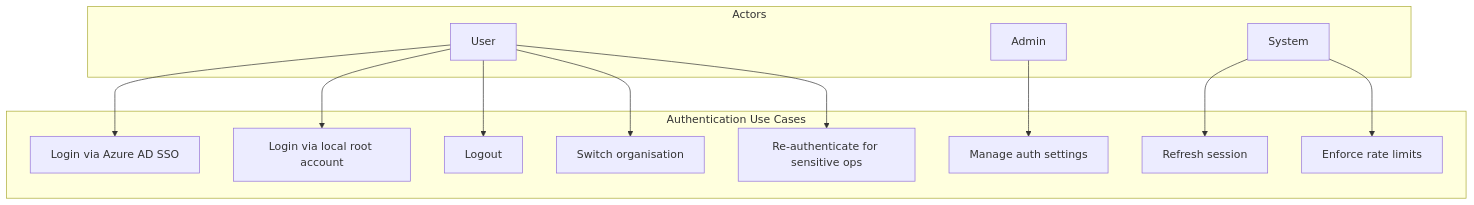
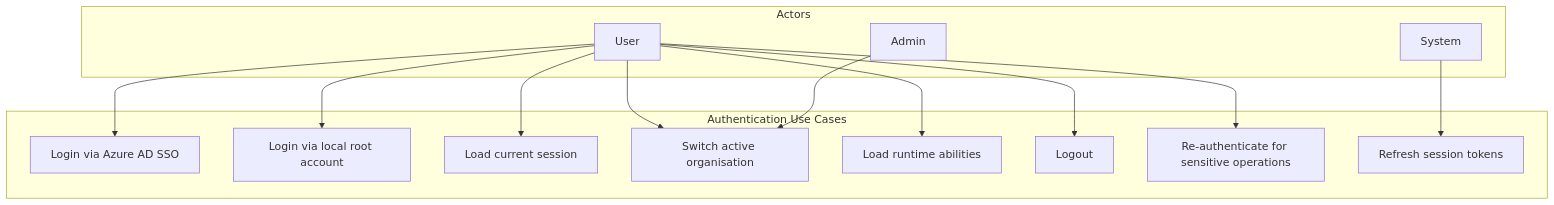
One commit to b-knowledge-solution/b-knowledge changed the first of 3 diagrams in docs/srs/core-platform/fr-authentication.md. Above: the diagram before and after it, drawn with Mermaid. The commit also changed other lines of this file, not shown here.

````diff
--- a/docs/srs/core-platform/fr-authentication.md
+++ b/docs/srs/core-platform/fr-authentication.md
@@ -15,28 +24,29 @@
 ```mermaid
 flowchart TD
     subgraph Actors
         U[User]
         A[Admin]
         S[System]
     end
 
     subgraph Authentication Use Cases
         UC1[Login via Azure AD SSO]
         UC2[Login via local root account]
-        UC3[Logout]
-        UC4[Switch organisation]
-        UC5[Re-authenticate for sensitive ops]
-        UC6[Refresh session]
-        UC7[Manage auth settings]
-        UC8[Enforce rate limits]
+        UC3[Load current session]
+        UC4[Switch active organisation]
+        UC5[Load runtime abilities]
+        UC6[Logout]
+        UC7[Re-authenticate for sensitive operations]
+        UC8[Refresh session tokens]
     end
 
     U --> UC1
     U --> UC2
     U --> UC3
     U --> UC4
     U --> UC5
-    A --> UC7
-    S --> UC6
+    U --> UC6
+    U --> UC7
     S --> UC8
+    A --> UC4
 ```
````
